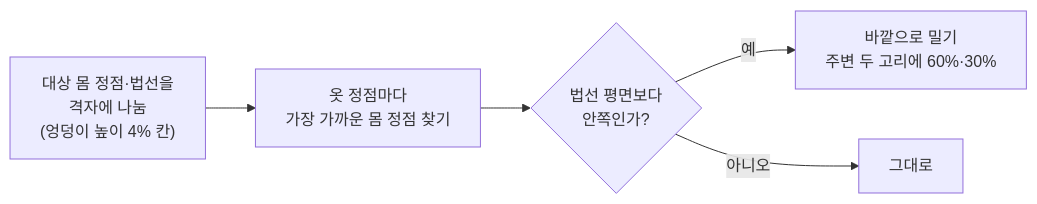
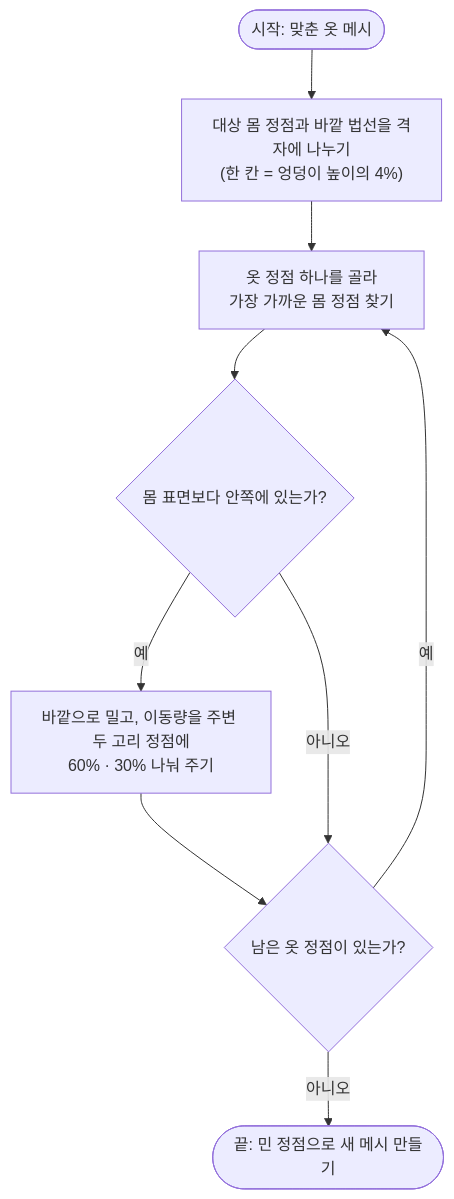
One commit to Ricopam/outfit-grader changed the third of 4 diagrams in README.md. Above: the diagram before and after it, drawn with Mermaid. The commit also changed other lines of this file, not shown here.

````diff
--- a/README.md
+++ b/README.md
@@ -305,7 +311,11 @@
 ```mermaid
-flowchart LR
-    P1["대상 몸 정점·법선을<br/>격자에 나눔<br/>(엉덩이 높이 4% 칸)"] --> P2["옷 정점마다<br/>가장 가까운 몸 정점 찾기"]
-    P2 --> P3{"법선 평면보다<br/>안쪽인가?"}
-    P3 -- "예" --> P4["바깥으로 밀기<br/>주변 두 고리에 60%·30%"]
-    P3 -- "아니오" --> P5["그대로"]
+flowchart TD
+    S(["시작: 맞춘 옷 메시"]) --> G["대상 몸 정점과 바깥 법선을 격자에 나누기<br/>(한 칸 = 엉덩이 높이의 4%)"]
+    G --> PICK["옷 정점 하나를 골라<br/>가장 가까운 몸 정점 찾기"]
+    PICK --> Q{"몸 표면보다 안쪽에 있는가?"}
+    Q -->|예| PUSH["바깥으로 밀고, 이동량을 주변 두 고리 정점에<br/>60% · 30% 나눠 주기"]
+    PUSH --> NEXT{"남은 옷 정점이 있는가?"}
+    Q -->|아니오| NEXT
+    NEXT -->|예| PICK
+    NEXT -->|아니오| E(["끝: 민 정점으로 새 메시 만들기"])
 ```
````
